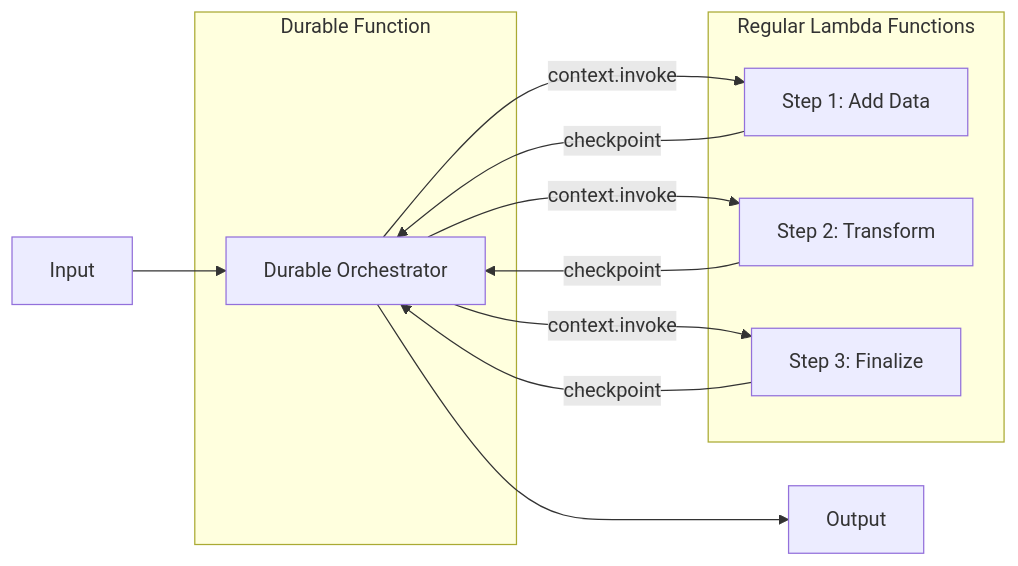
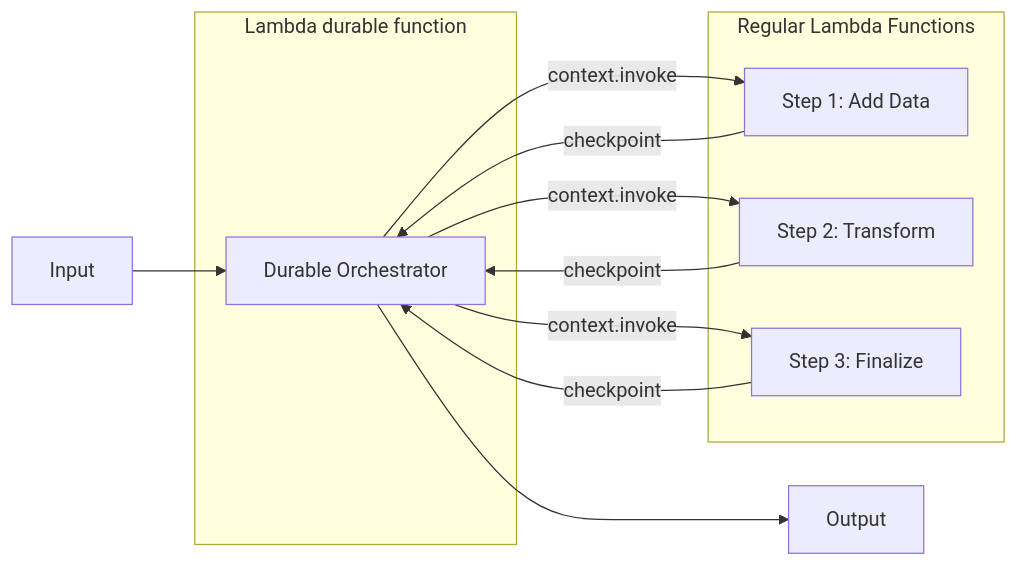
Before and after one commit to aws-samples/serverless-patterns: the diagram in lambda-durable-function-chaining-sam/README.md, drawn with Mermaid. The commit also changed 1 other file, not shown here.

Commit message:
Apply suggestions from code review

````diff
--- a/lambda-durable-function-chaining-sam/README.md
+++ b/lambda-durable-function-chaining-sam/README.md
@@ -43,21 +43,21 @@
 ```mermaid
 flowchart LR
     A[Input] --> B[Durable Orchestrator]
     B -->|context.invoke| C[Step 1: Add Data]
     C -->|checkpoint| B
     B -->|context.invoke| D[Step 2: Transform]
     D -->|checkpoint| B
     B -->|context.invoke| E[Step 3: Finalize]
     E -->|checkpoint| B
     B --> F[Output]
     
-    subgraph Durable Function
+    subgraph Lambda durable function
         B
     end
     
     subgraph Regular Lambda Functions
         C
         D
         E
     end
 ```
````
